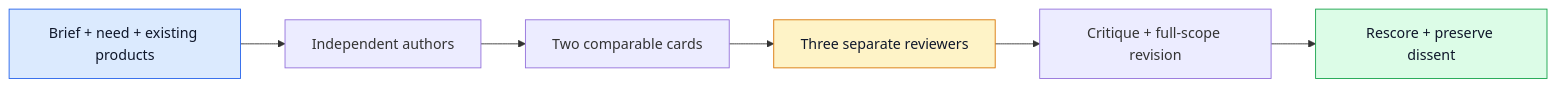
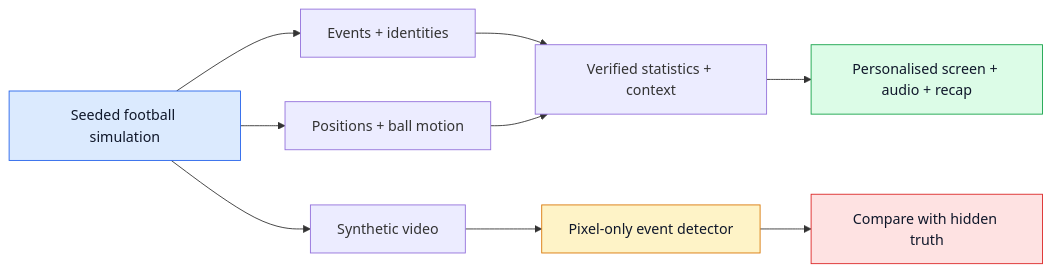
Before and after one commit to taka6745/insidethegame: the third of 3 diagrams in research/ideas/README.md, drawn with Mermaid. The commit also changed other lines of this file and 6 other files, not shown here.

````diff
--- a/research/ideas/README.md
+++ b/research/ideas/README.md
@@ -167,11 +129,15 @@
 ```mermaid
 flowchart LR
-  E[Brief + need + existing products] --> A[Independent authors]
-  A --> C[Two comparable cards]
-  C --> J[Three separate reviewers]
-  J --> R[Critique + full-scope revision]
-  R --> S[Rescore + preserve dissent]
-  style E fill:#dbeafe,stroke:#2563eb,color:#0f172a
-  style J fill:#fef3c7,stroke:#d97706,color:#0f172a
-  style S fill:#dcfce7,stroke:#16a34a,color:#0f172a
+  S[Seeded football simulation] --> E[Events + identities]
+  S --> T[Positions + ball motion]
+  S --> V[Synthetic video]
+  V --> P[Pixel-only event detector]
+  E --> I[Verified statistics + context]
+  T --> I
+  P --> Q[Compare with hidden truth]
+  I --> O[Personalised screen + audio + recap]
+  style S fill:#dbeafe,stroke:#2563eb,color:#0f172a
+  style P fill:#fef3c7,stroke:#d97706,color:#0f172a
+  style Q fill:#fee2e2,stroke:#dc2626,color:#0f172a
+  style O fill:#dcfce7,stroke:#16a34a,color:#0f172a
 ```
````
